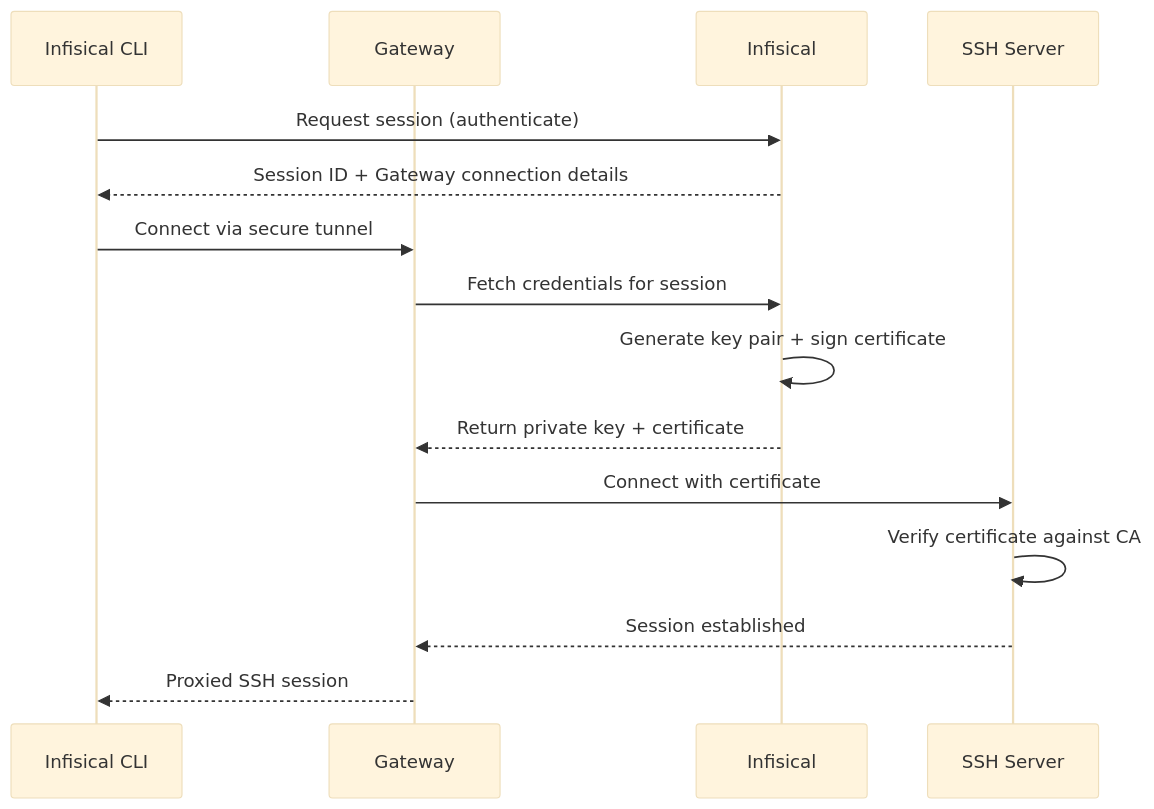
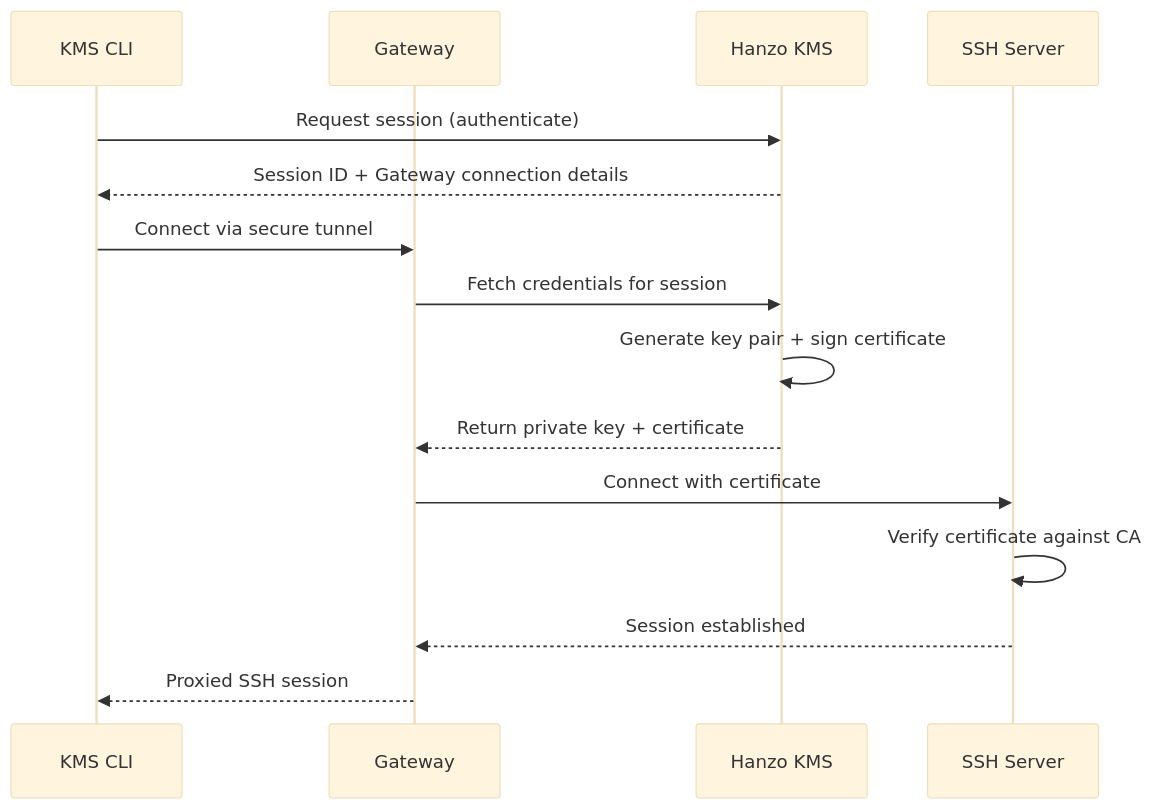
Before and after one commit to hanzoai/kms: the second of 2 diagrams in docs/documentation/platform/pam/getting-started/resources/ssh.mdx, drawn with Mermaid (base theme). The commit also changed other lines of this file and 927 other files, not shown here.

First line of the commit message:
feat: complete Hanzo KMS rebranding across upstream merge

````diff
--- a/docs/documentation/platform/pam/getting-started/resources/ssh.mdx
+++ b/docs/documentation/platform/pam/getting-started/resources/ssh.mdx
@@ -50,18 +50,18 @@
 ```mermaid
 sequenceDiagram
-    participant CLI as Infisical CLI
+    participant CLI as KMS CLI
     participant Gateway
-    participant Infisical
+    participant Hanzo KMS
     participant SSH as SSH Server
 
-    CLI->>Infisical: Request session (authenticate)
-    Infisical-->>CLI: Session ID + Gateway connection details
+    CLI->>Hanzo KMS: Request session (authenticate)
+    Hanzo KMS-->>CLI: Session ID + Gateway connection details
     CLI->>Gateway: Connect via secure tunnel
-    Gateway->>Infisical: Fetch credentials for session
-    Infisical->>Infisical: Generate key pair + sign certificate
-    Infisical-->>Gateway: Return private key + certificate
+    Gateway->>Hanzo KMS: Fetch credentials for session
+    Hanzo KMS->>Hanzo KMS: Generate key pair + sign certificate
+    Hanzo KMS-->>Gateway: Return private key + certificate
     Gateway->>SSH: Connect with certificate
     SSH->>SSH: Verify certificate against CA
     SSH-->>Gateway: Session established
     Gateway-->>CLI: Proxied SSH session
 ```
````
